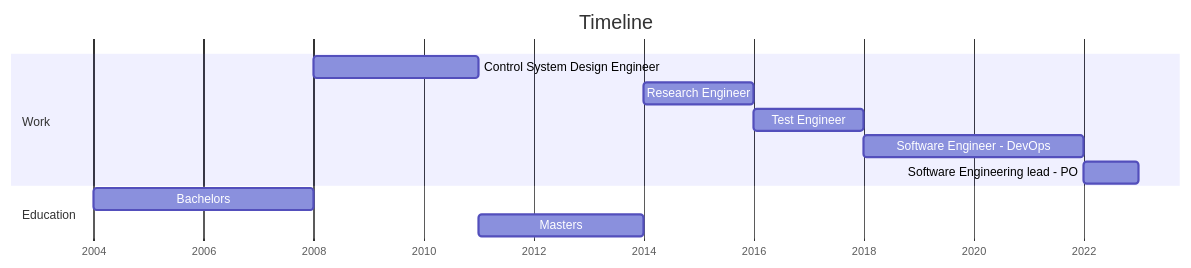
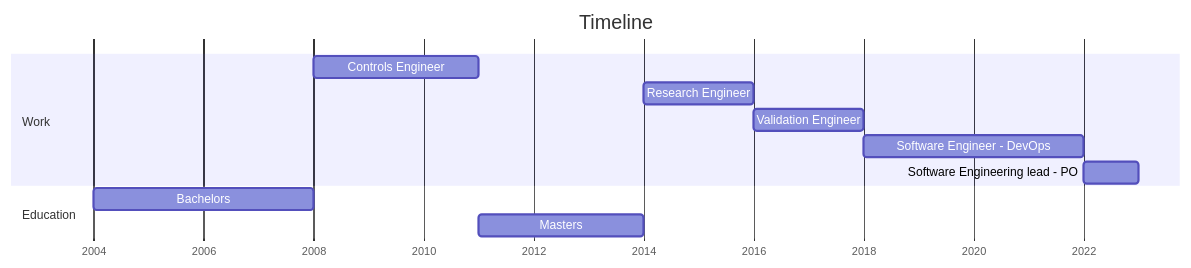
One commit to kar-ven/kar-ven.github.io changed the diagram in README.md. Above: the diagram before and after it, drawn with Mermaid. The commit also changed other lines of this file, not shown here.

```diff
--- a/README.md
+++ b/README.md
@@ -5,16 +5,16 @@
 <pre class="mermaid">
 gantt
     title Timeline
     dateFormat YYYY
     axisFormat %Y
     tickInterval 10y
     section Work
-    Control System Design Engineer :2008, 2011
+    Controls Engineer              :2008, 2011
     Research Engineer              :2014, 2016
-    Test Engineer                  :2016, 2018
+    Validation Engineer            :2016, 2018
     Software Engineer - DevOps     :2018, 2022
     Software Engineering lead - PO :2022, 2023
     Section Education
     Bachelors                      :2004, 2008
     Masters                        :2011, 2014
 </pre>
```
